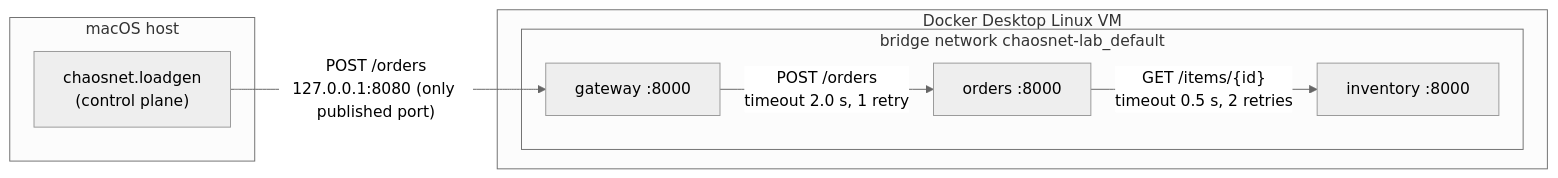
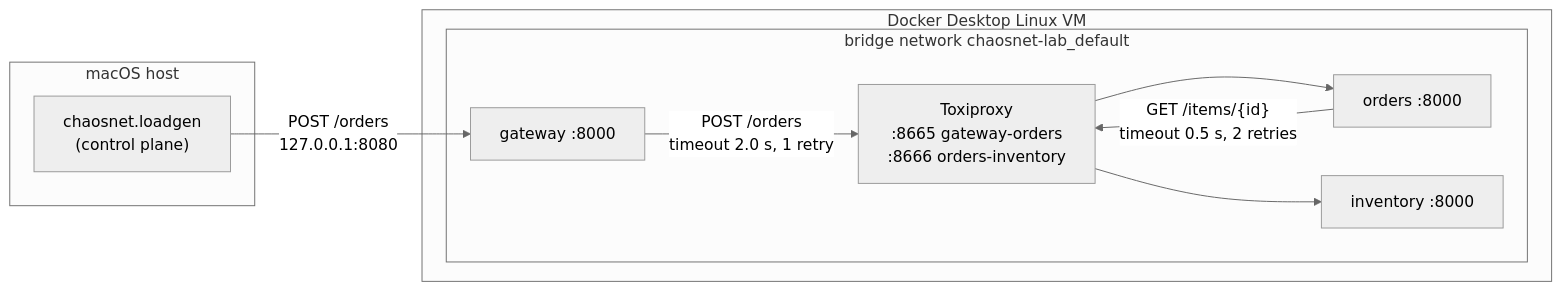
The diagram in docs/ARCHITECTURE.md (Fire162/chaosnet), drawn with Mermaid (neutral theme) before and after one commit. The commit also changed other lines of this file and 7 other files, not shown here.

````diff
--- a/docs/ARCHITECTURE.md
+++ b/docs/ARCHITECTURE.md
@@ -18,16 +19,19 @@
 ```mermaid
 flowchart LR
     subgraph mac["macOS host"]
         lg["chaosnet.loadgen<br/>(control plane)"]
     end
     subgraph vm["Docker Desktop Linux VM"]
         subgraph net["bridge network chaosnet-lab_default"]
             gw["gateway :8000"]
+            tp["Toxiproxy<br/>:8665 gateway-orders<br/>:8666 orders-inventory"]
             or["orders :8000"]
             inv["inventory :8000"]
         end
     end
-    lg -- "POST /orders<br/>127.0.0.1:8080 (only published port)" --> gw
-    gw -- "POST /orders<br/>timeout 2.0 s, 1 retry" --> or
-    or -- "GET /items/{id}<br/>timeout 0.5 s, 2 retries" --> inv
+    lg -- "POST /orders<br/>127.0.0.1:8080" --> gw
+    gw -- "POST /orders<br/>timeout 2.0 s, 1 retry" --> tp
+    tp --> or
+    or -- "GET /items/{id}<br/>timeout 0.5 s, 2 retries" --> tp
+    tp --> inv
 ```
````
